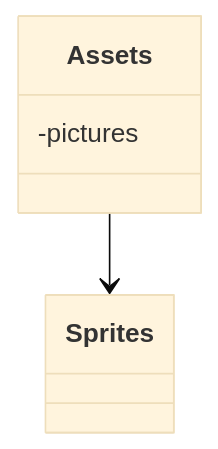
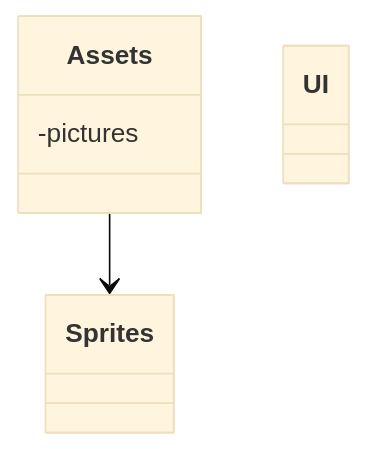
Before and after one commit to Rasmusjoo/ot-harjoitustyo: the first of 3 diagrams in platformer/dokumentaatio/arkkitehtuuri.md, drawn with Mermaid (base theme). The commit also changed other lines of this file, not shown here.

Commit message:
Päivitetty rakennekuvausta

````diff
--- a/platformer/dokumentaatio/arkkitehtuuri.md
+++ b/platformer/dokumentaatio/arkkitehtuuri.md
@@ -7,9 +7,11 @@
 ```mermaid
 classDiagram
     Assets --> Sprites
 
     class Assets{-pictures}
 
     class Sprites
+    
+    class UI
 
 ```
````
